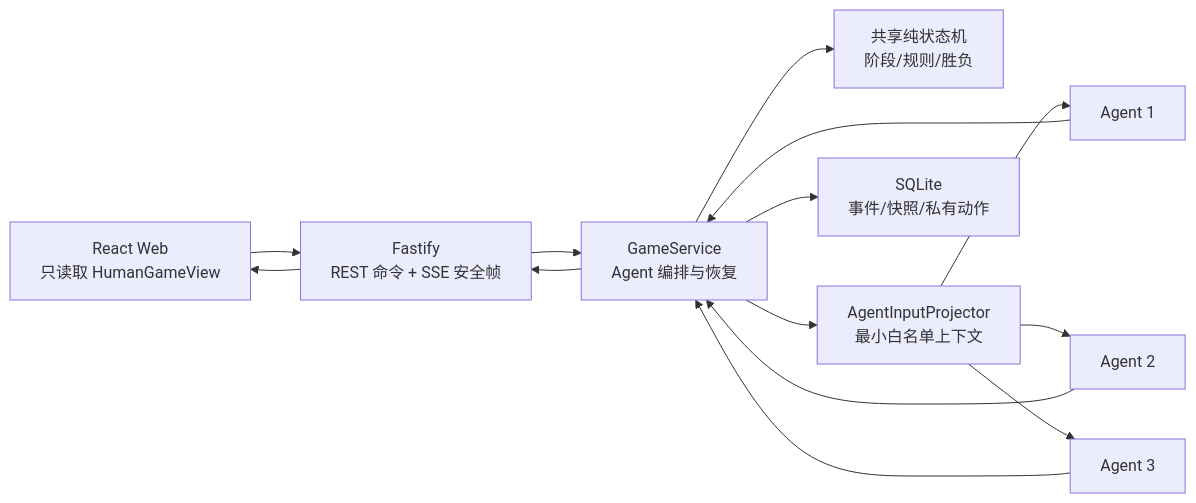
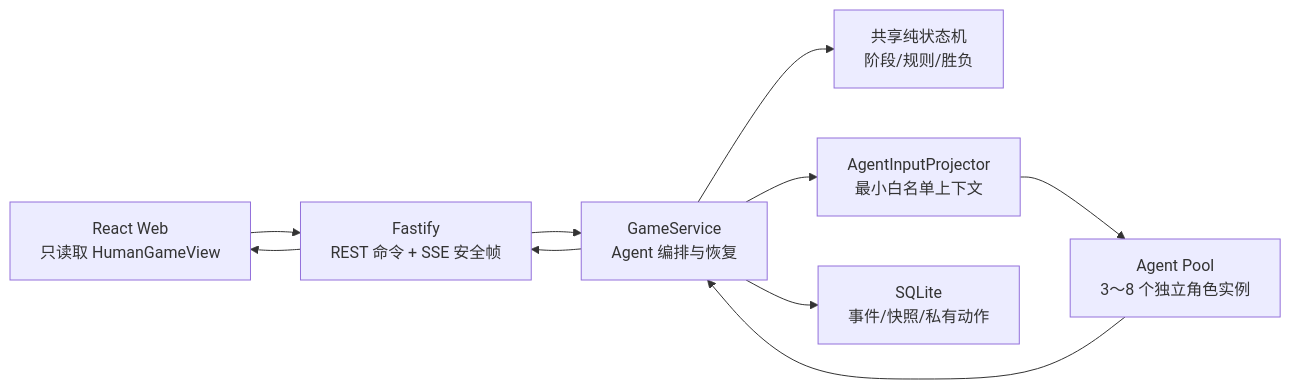
One commit to LBP97541135/sheishiwodi changed the first of 2 diagrams in README.md. Above: the diagram before and after it, drawn with Mermaid. The commit also changed other lines of this file and 41 other files, not shown here.

````diff
--- a/README.md
+++ b/README.md
@@ -77,24 +75,18 @@
 ```mermaid
 flowchart LR
   UI["React Web<br/>只读取 HumanGameView"]
   API["Fastify<br/>REST 命令 + SSE 安全帧"]
   GS["GameService<br/>Agent 编排与恢复"]
   SM["共享纯状态机<br/>阶段/规则/胜负"]
   PJ["AgentInputProjector<br/>最小白名单上下文"]
-  A1["Agent 1"]
-  A2["Agent 2"]
-  A3["Agent 3"]
+  Pool["Agent Pool<br/>3～8 个独立角色实例"]
   DB["SQLite<br/>事件/快照/私有动作"]
 
   UI --> API --> GS
   GS --> SM
   GS --> PJ
-  PJ --> A1
-  PJ --> A2
-  PJ --> A3
-  A1 --> GS
-  A2 --> GS
-  A3 --> GS
+  PJ --> Pool
+  Pool --> GS
   GS --> DB
   GS --> API --> UI
 ```
````
